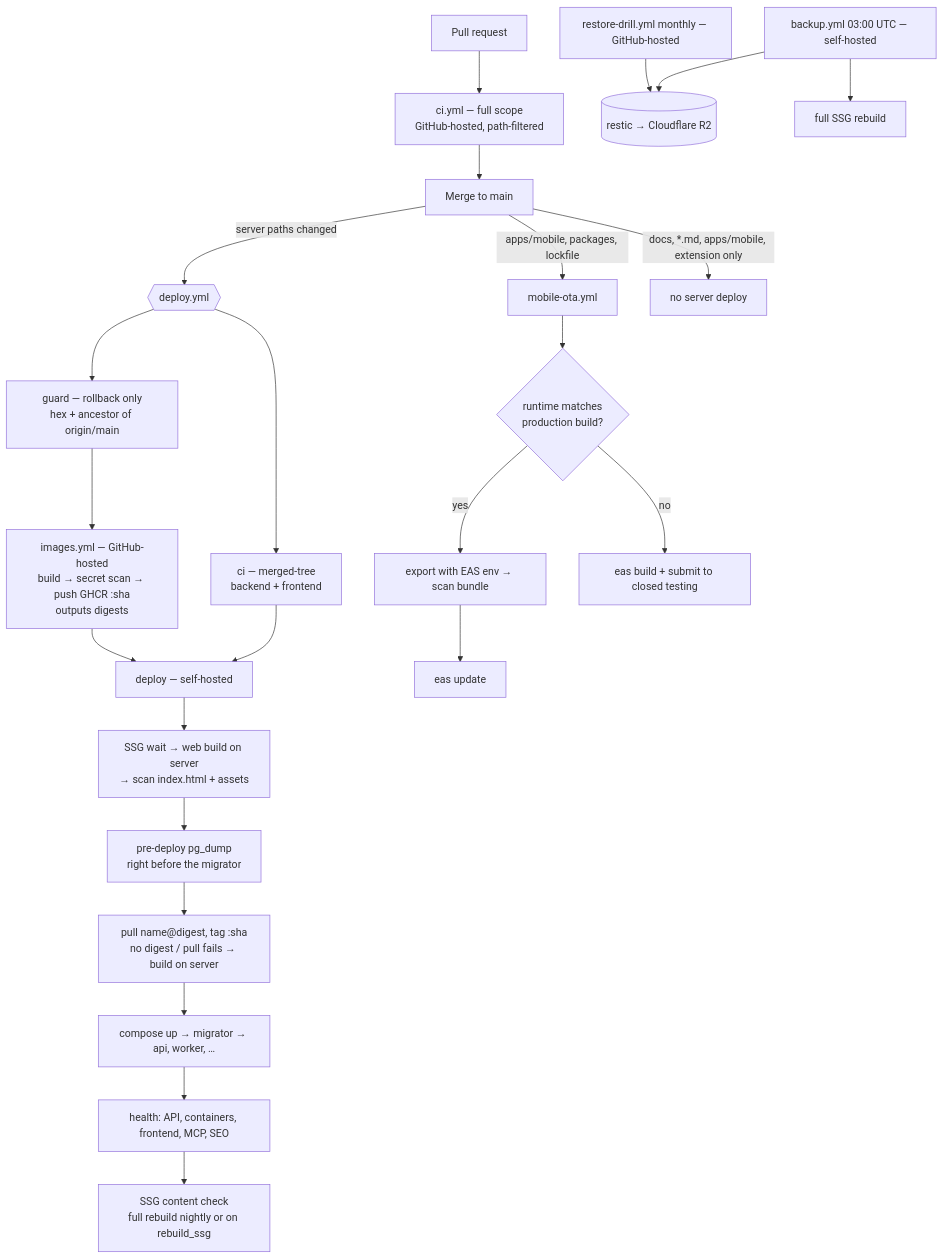
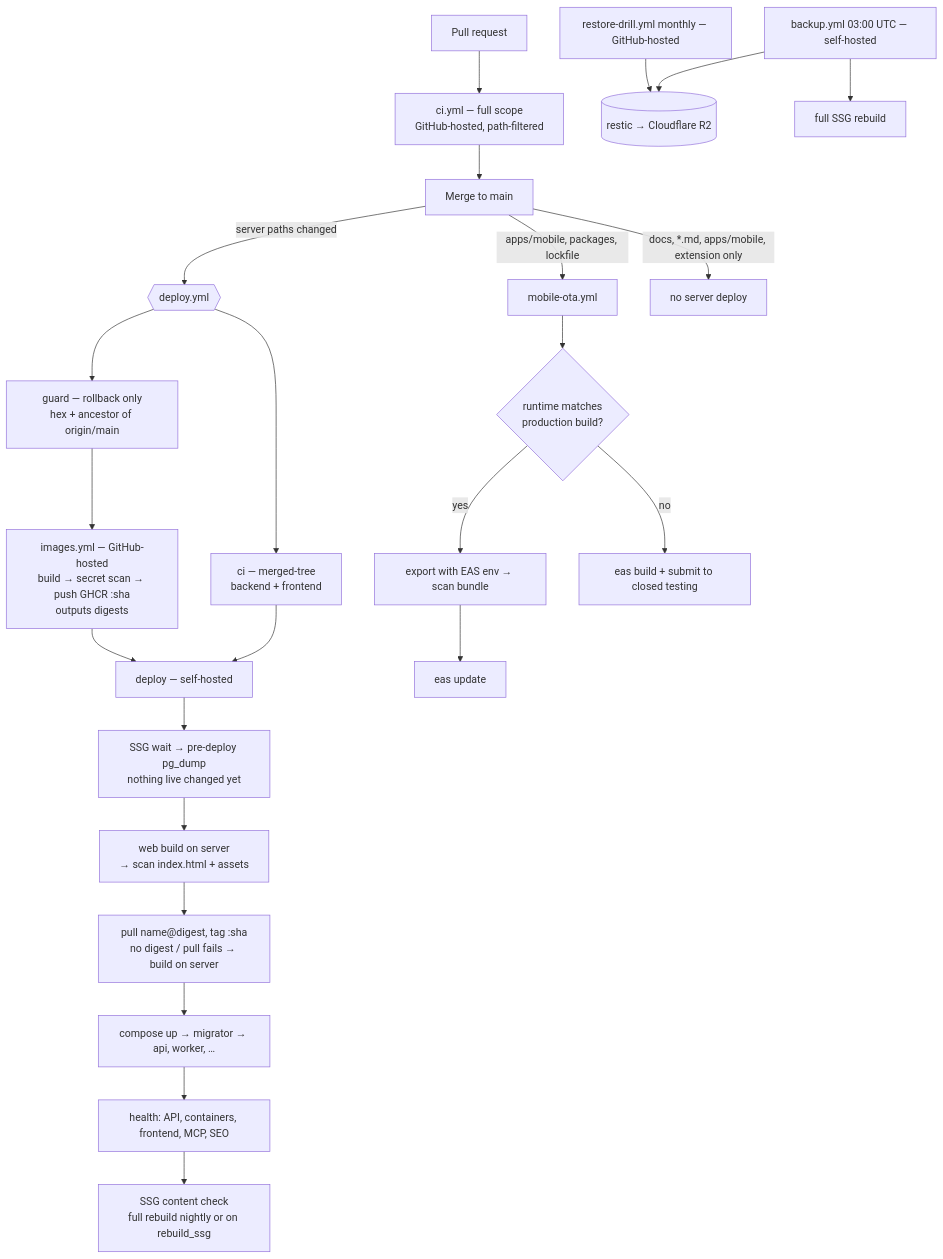
The diagram in docs/01-architecture/delivery.md (mrviduus/textstack), drawn with Mermaid before and after one commit. The commit also changed other lines of this file and 4 other files, not shown here.

First line of the commit message:
ci(deploy): pre-deploy dump after SSG wait, before the web build

````diff
--- a/docs/01-architecture/delivery.md
+++ b/docs/01-architecture/delivery.md
@@ -20,31 +20,31 @@
 ```mermaid
 flowchart TD
   PR[Pull request] --> CI[ci.yml — full scope<br/>GitHub-hosted, path-filtered]
   CI --> M[Merge to main]
 
   M -->|server paths changed| D{{deploy.yml}}
   M -->|apps/mobile, packages, lockfile| OTA[mobile-ota.yml]
   M -->|docs, *.md, apps/mobile, extension only| SKIP[no server deploy]
 
   D --> G[guard — rollback only<br/>hex + ancestor of origin/main]
   D --> CIM[ci — merged-tree<br/>backend + frontend]
   G --> IMG[images.yml — GitHub-hosted<br/>build → secret scan → push GHCR :sha<br/>outputs digests]
 
   CIM --> DEP
   IMG --> DEP[deploy — self-hosted]
 
-  DEP --> W[SSG wait → web build on server<br/>→ scan index.html + assets]
-  W --> BK[pre-deploy pg_dump<br/>right before the migrator]
-  BK --> P[pull name@digest, tag :sha<br/>no digest / pull fails → build on server]
+  DEP --> BK[SSG wait → pre-deploy pg_dump<br/>nothing live changed yet]
+  BK --> W[web build on server<br/>→ scan index.html + assets]
+  W --> P[pull name@digest, tag :sha<br/>no digest / pull fails → build on server]
   P --> UP[compose up → migrator → api, worker, …]
   UP --> H[health: API, containers, frontend, MCP, SEO]
   H --> SSG[SSG content check<br/>full rebuild nightly or on rebuild_ssg]
 
   OTA --> FP{runtime matches<br/>production build?}
   FP -->|yes| SCAN[export with EAS env → scan bundle] --> PUB[eas update]
   FP -->|no| EAS[eas build + submit to closed testing]
 
   NIGHT[backup.yml 03:00 UTC — self-hosted] --> R2[(restic → Cloudflare R2)]
   NIGHT --> SSGN[full SSG rebuild]
   DRILL[restore-drill.yml monthly — GitHub-hosted] --> R2
 ```
````
